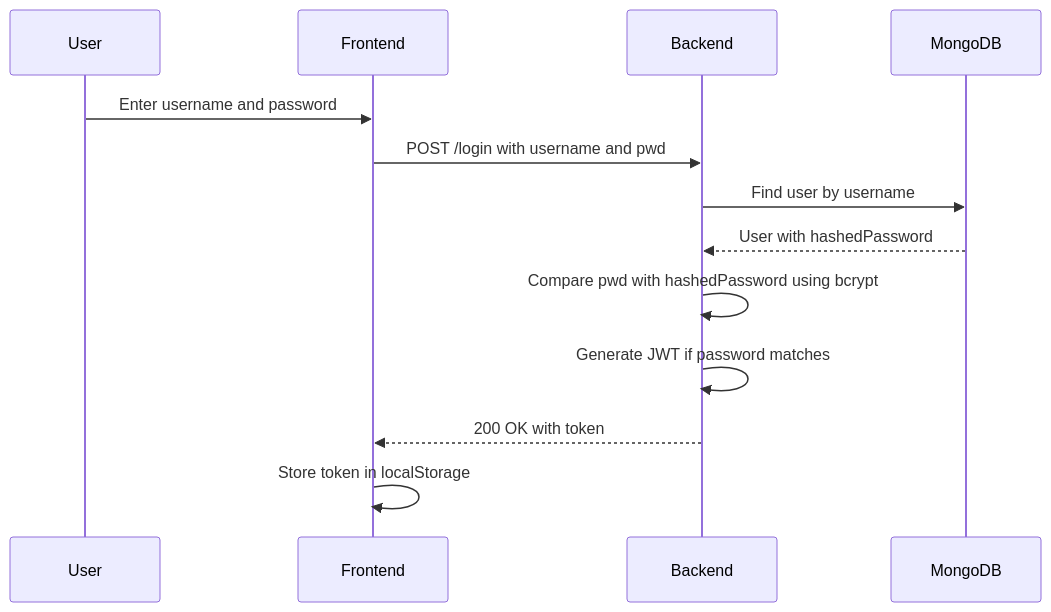
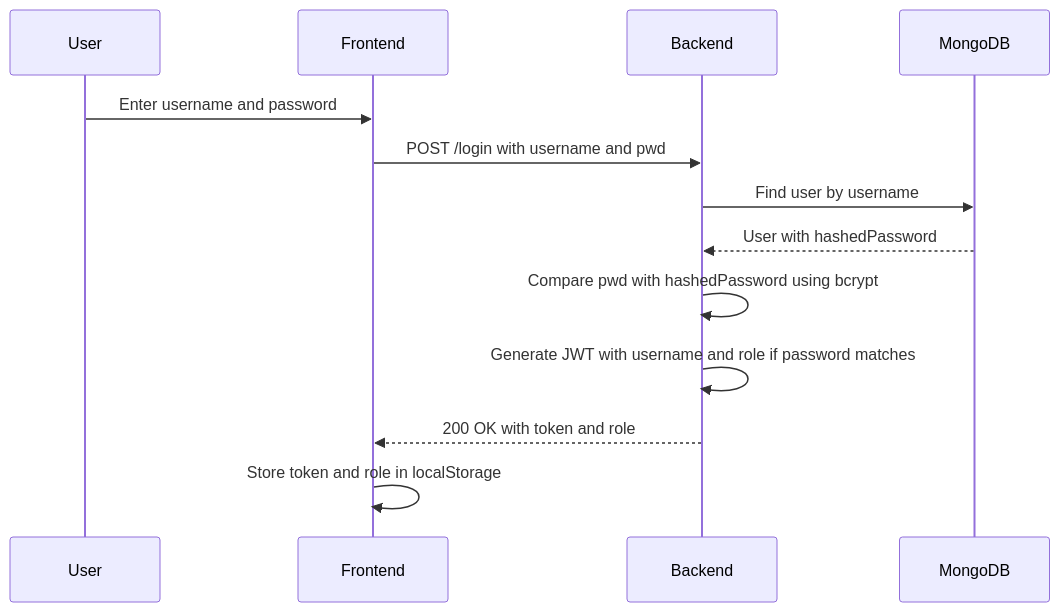
One commit to jaydonkc/gitgoblins_project changed the second of 3 diagrams in README.md. Above: the diagram before and after it, drawn with Mermaid. The commit also changed other lines of this file and 10 other files, not shown here.

````diff
--- a/README.md
+++ b/README.md
@@ -86,16 +86,16 @@
 ```mermaid
 sequenceDiagram
   participant User
   participant Frontend
   participant Backend
   participant MongoDB
 
   User->>Frontend: Enter username and password
   Frontend->>Backend: POST /login with username and pwd
   Backend->>MongoDB: Find user by username
   MongoDB-->>Backend: User with hashedPassword
   Backend->>Backend: Compare pwd with hashedPassword using bcrypt
-  Backend->>Backend: Generate JWT if password matches
-  Backend-->>Frontend: 200 OK with token
-  Frontend->>Frontend: Store token in localStorage
+  Backend->>Backend: Generate JWT with username and role if password matches
+  Backend-->>Frontend: 200 OK with token and role
+  Frontend->>Frontend: Store token and role in localStorage
 ```
````
